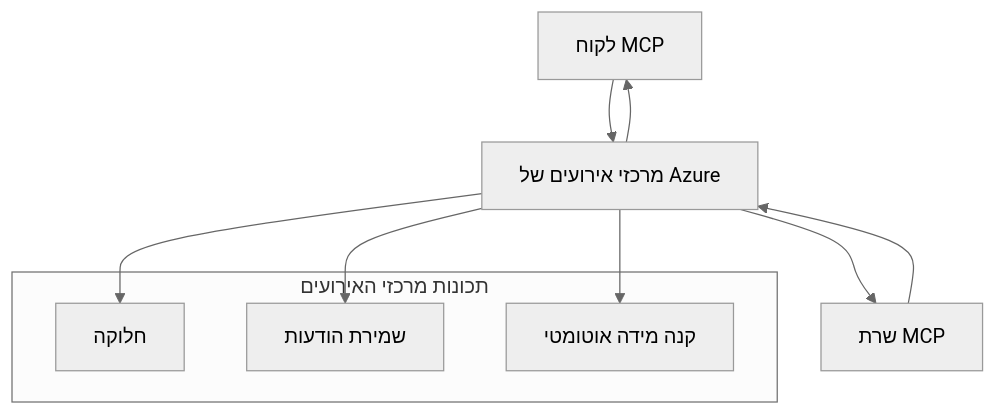
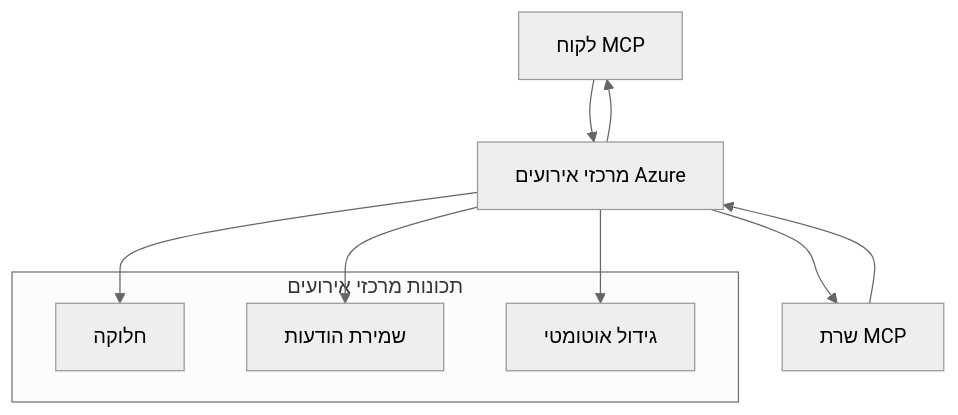
The second of 2 diagrams in mcp_ecosystem__model_context_protocol/mcp_learning_resources/mcp-for-beginners/translations/he/05-AdvancedTopics/mcp-transport/README.md (HIDORAKAI002/ai-workspace-archive), drawn with Mermaid (neutral theme) before and after one commit. The commit also changed other lines of this file and 1539 other files, not shown here.

````diff
--- a/mcp_ecosystem__model_context_protocol/mcp_learning_resources/mcp-for-beginners/translations/he/05-AdvancedTopics/mcp-transport/README.md
+++ b/mcp_ecosystem__model_context_protocol/mcp_learning_resources/mcp-for-beginners/translations/he/05-AdvancedTopics/mcp-transport/README.md
@@ -269,17 +270,17 @@
 ```mermaid
 graph TB
-    Client[לקוח MCP] --> EH[מרכזי אירועים של Azure]
+    Client[לקוח MCP] --> EH[מרכזי אירועים Azure]
     EH --> Server[שרת MCP]
     Server --> EH
     EH --> Client
     
-    subgraph "תכונות מרכזי האירועים"
+    subgraph "תכונות מרכזי אירועים"
         Partition[חלוקה]
         Retention[שמירת הודעות]
-        Scaling[קנה מידה אוטומטי]
+        Scaling[גידול אוטומטי]
     end
     
     EH --> Partition
     EH --> Retention
     EH --> Scaling
 ```
````
